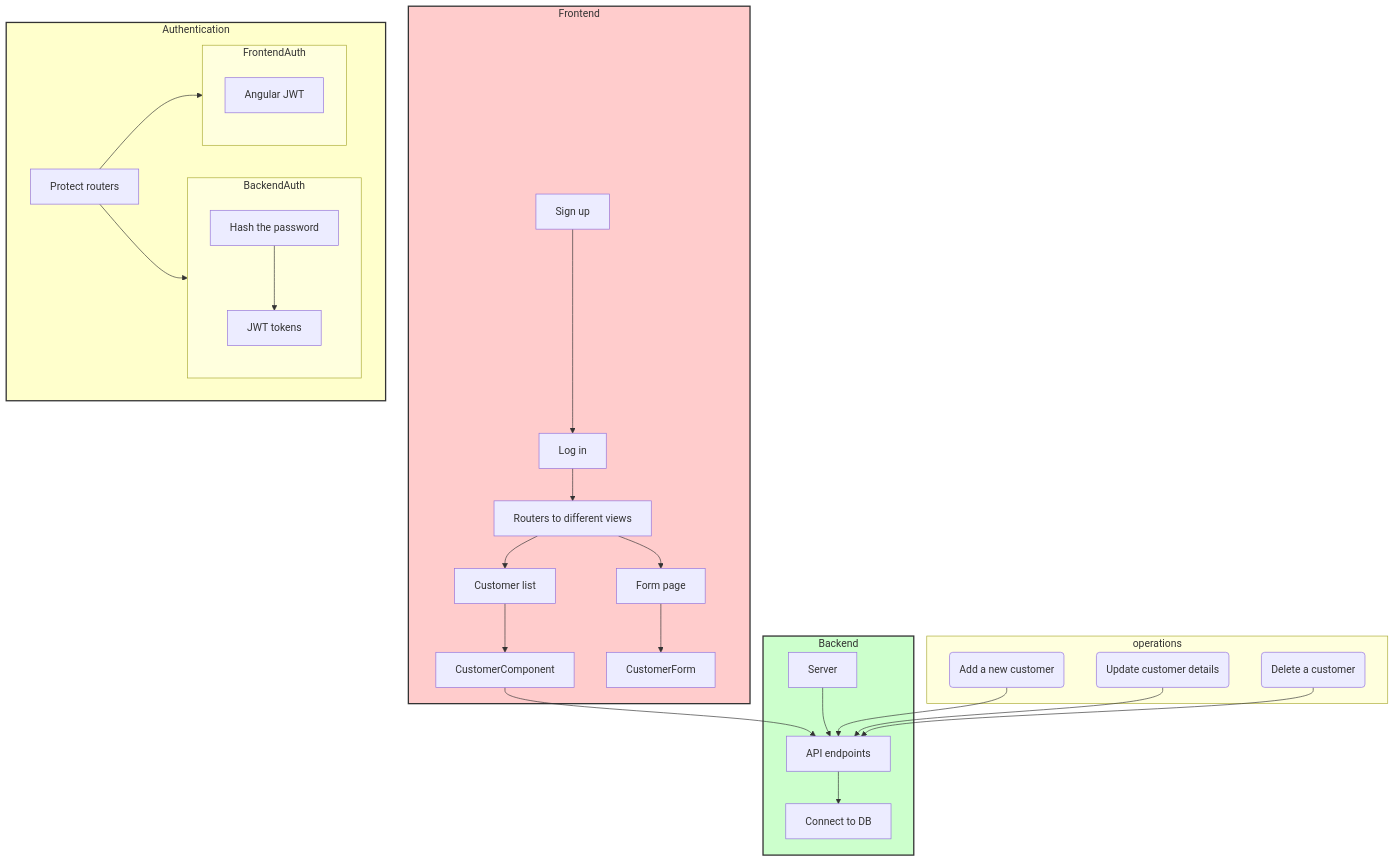
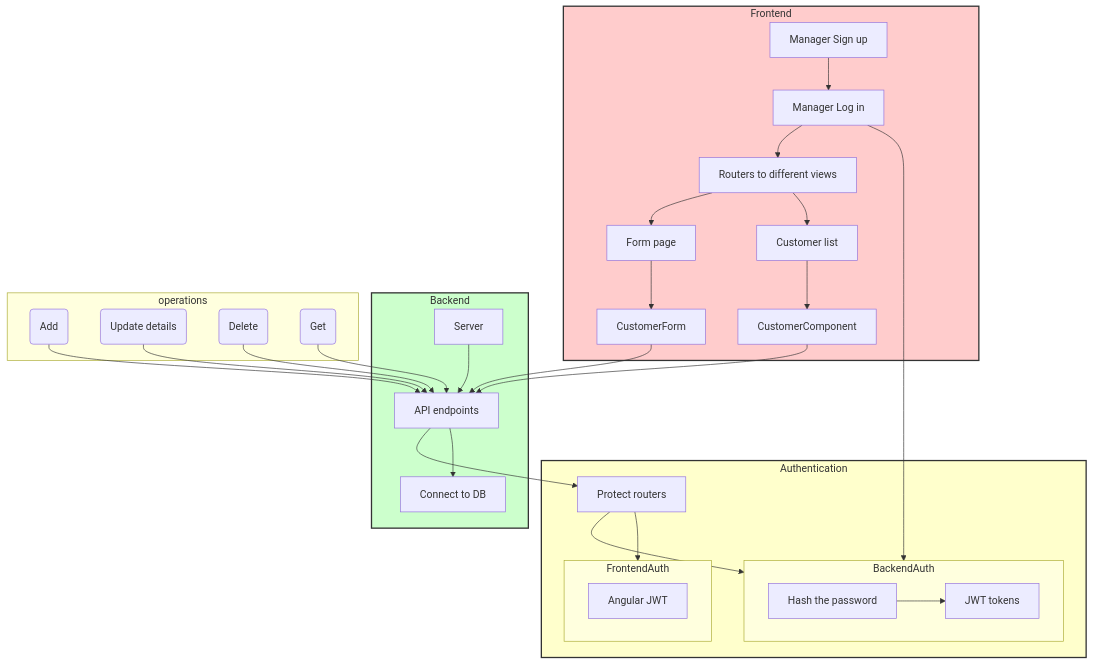
Before and after one commit to fatmaboodai/Back-office-app: the diagram in README.md, drawn with Mermaid.

````diff
--- a/README.md
+++ b/README.md
@@ -2,59 +2,65 @@
 ```mermaid
 graph TD;
     subgraph Frontend
-        SignUp[Sign up]
-        LogIn[Log in]
+        SignUp[Manager Sign up]
+        SignUp --> LogIn
+        LogIn[Manager Log in]
         Routers[Routers to different views]
         FormPage[Form page]
         CustomerList[Customer list]
-CustomerList --> CustomerComponent
- FormPage --> CustomerForm
+        CustomerList --> CustomerComponent
+        FormPage --> CustomerForm
     end
     subgraph Backend
         Server[Server]
         API[API endpoints]
         ConnectDB[Connect to DB]
     end
     subgraph operations
-        AddCustomer(Add a new customer)
-        UpdateCustomer(Update customer details)
-        DeleteCustomer(Delete a customer)
+        AddCustomer(Add)
+        UpdateCustomer(Update details)
+        DeleteCustomer(Delete)
+        GetCustomer(Get)
     end
     subgraph Authentication
         subgraph BackendAuth
             HashPassword[Hash the password]
             JWT[JWT tokens]
+            HashPassword --> JWT
         end
         subgraph FrontendAuth
             AngularJWT[Angular JWT]
         end
         ProtectRouters[Protect routers]
+        LogIn --> BackendAuth
+        API --> ProtectRouters
     end
-    SignUp --> LogIn
+    
     LogIn --> Routers
     Routers --> FormPage
     Routers --> CustomerList
    
    
     CustomerComponent --> API
     API --> ConnectDB
     Server --> API
     AddCustomer --> API
+    CustomerForm--> API
     UpdateCustomer --> API
     DeleteCustomer --> API
-    HashPassword --> JWT
+    GetCustomer-->API
     ProtectRouters --> BackendAuth
     ProtectRouters --> FrontendAuth
 
     classDef frontendClass fill:#FFCCCC,stroke:#333,stroke-width:2px;
     classDef backendClass fill:#CCFFCC,stroke:#333,stroke-width:2px;
     classDef servicesClass fill:#CCCCFF,stroke:#333,stroke-width:2px;
     classDef authClass fill:#FFFFCC,stroke:#333,stroke-width:2px;
 
     class Frontend frontendClass;
     class Backend backendClass;
     class Services servicesClass;
     class Authentication authClass;
 
 
 ```
````
